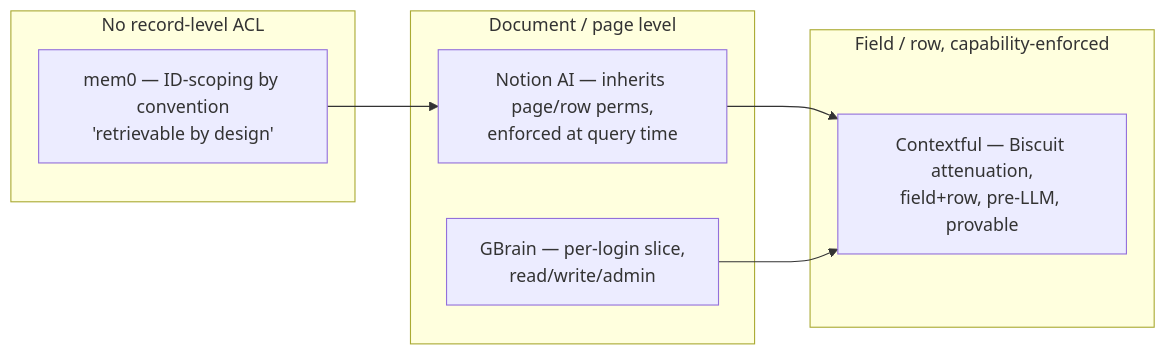
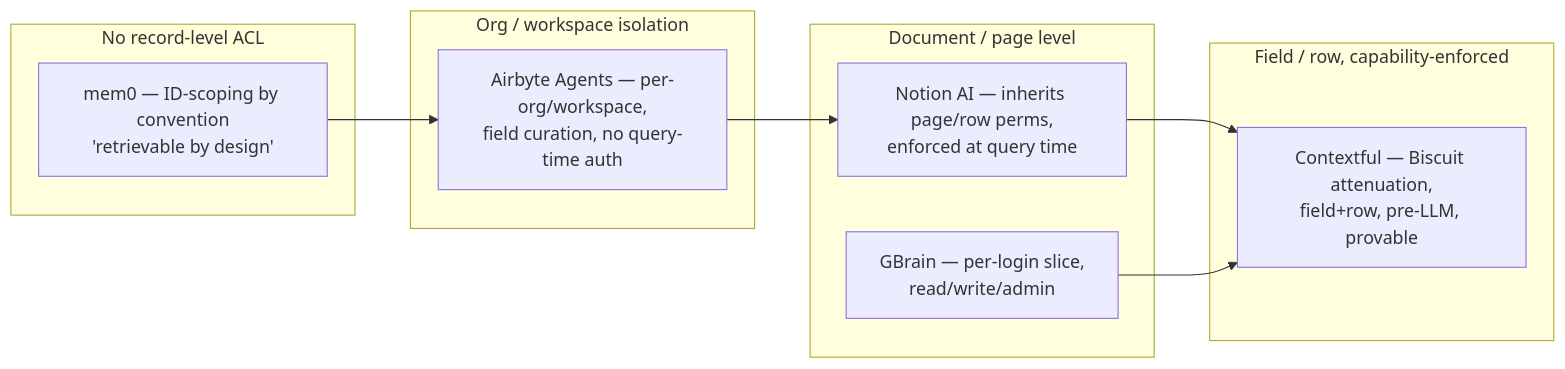
Before and after one commit to fractalboxdev/superai2026: the diagram in specs/10-comparison.md, drawn with Mermaid. The commit also changed other lines of this file and 1 other file, not shown here.

First line of the commit message:
docs(specs): add Airbyte Agents to 10-comparison

````diff
--- a/specs/10-comparison.md
+++ b/specs/10-comparison.md
@@ -28,15 +32,18 @@
 ```mermaid
 flowchart LR
     subgraph None["No record-level ACL"]
         M["mem0 — ID-scoping by convention<br/>'retrievable by design'"]
+    end
+    subgraph Tenant["Org / workspace isolation"]
+        A["Airbyte Agents — per-org/workspace,<br/>field curation, no query-time auth"]
     end
     subgraph Doc["Document / page level"]
         N["Notion AI — inherits page/row perms,<br/>enforced at query time"]
         G["GBrain — per-login slice,<br/>read/write/admin"]
     end
     subgraph Field["Field / row, capability-enforced"]
         C["Contextful — Biscuit attenuation,<br/>field+row, pre-LLM, provable"]
     end
-    M --> N --> C
+    M --> A --> N --> C
     G --> C
 ```
````
